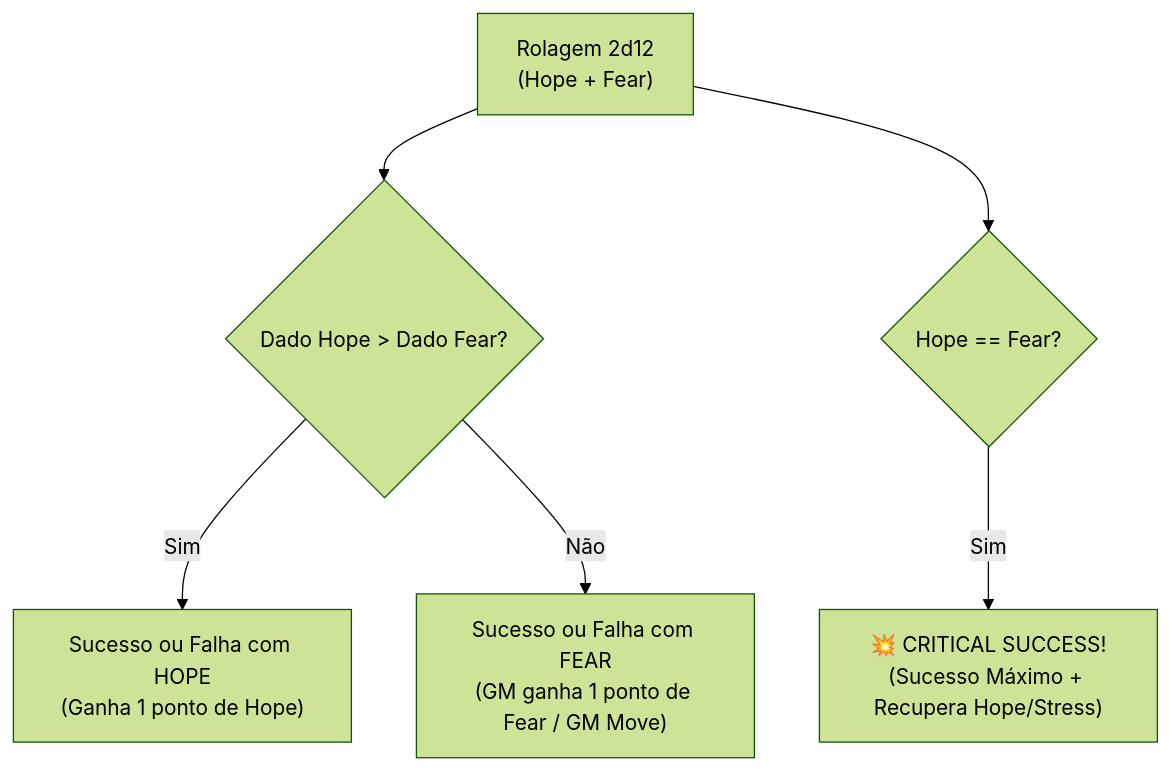
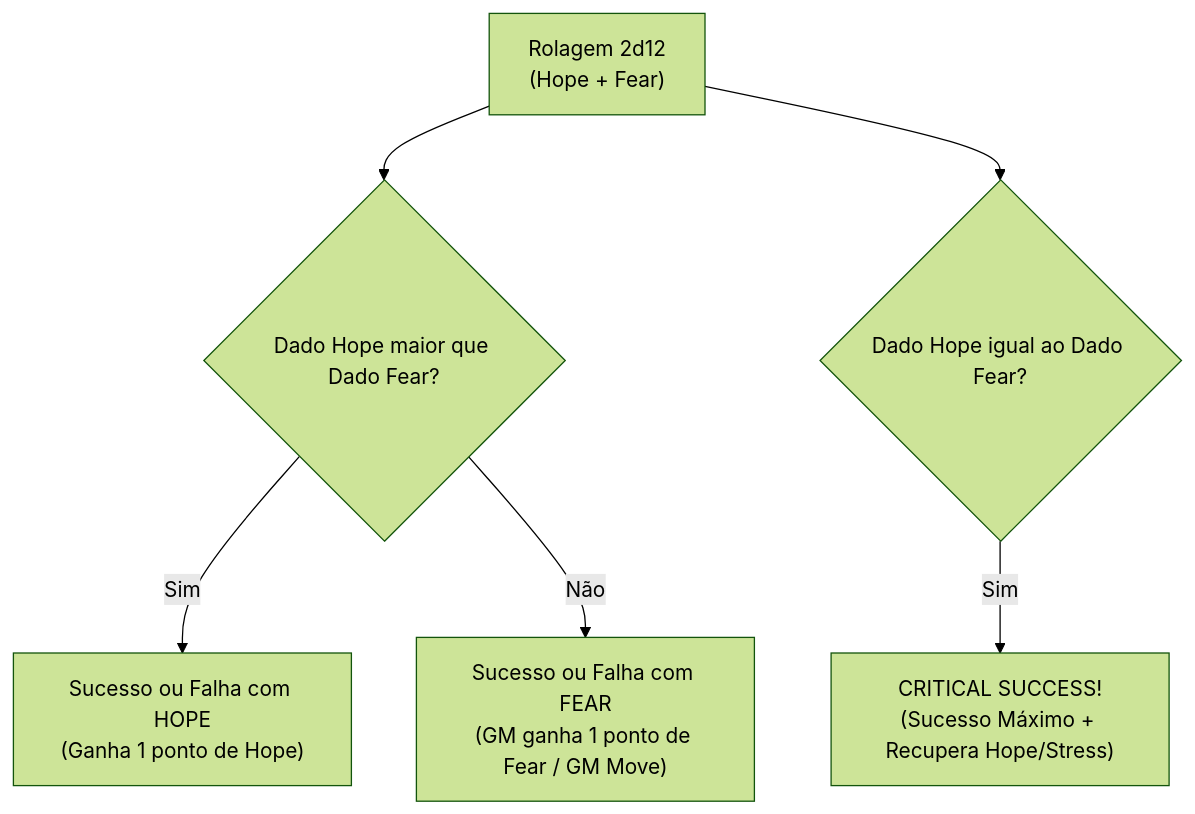
Before and after one commit to JoaoMartins160/Academia-arcana-MCP: the fourth of 5 diagrams in README.md, drawn with Mermaid (forest theme). The commit also changed other lines of this file, not shown here.

Commit message:
fix(readme): corrige sintaxe dos rotulos dos diagramas mermaid no readme

````diff
--- a/README.md
+++ b/README.md
@@ -118,8 +118,8 @@
 ```mermaid
 graph TD
-    Roll["Rolagem 2d12<br/>(Hope + Fear)"] --> Compare{"Dado Hope > Dado Fear?"}
-    Compare -->|Sim| HopeOutcome["Sucesso ou Falha com HOPE<br/>(Ganha 1 ponto de Hope)"]
-    Compare -->|Não| FearOutcome["Sucesso ou Falha com FEAR<br/>(GM ganha 1 ponto de Fear / GM Move)"]
-    Roll --> CheckMatch{"Hope == Fear?"}
-    CheckMatch -->|Sim| CritSuccess["💥 CRITICAL SUCCESS!<br/>(Sucesso Máximo + Recupera Hope/Stress)"]
+    Roll["Rolagem 2d12<br/>(Hope + Fear)"] --> Compare{"Dado Hope maior que Dado Fear?"}
+    Compare -->|"Sim"| HopeOutcome["Sucesso ou Falha com HOPE<br/>(Ganha 1 ponto de Hope)"]
+    Compare -->|"Não"| FearOutcome["Sucesso ou Falha com FEAR<br/>(GM ganha 1 ponto de Fear / GM Move)"]
+    Roll --> CheckMatch{"Dado Hope igual ao Dado Fear?"}
+    CheckMatch -->|"Sim"| CritSuccess["CRITICAL SUCCESS!<br/>(Sucesso Máximo + Recupera Hope/Stress)"]
 ```
````
